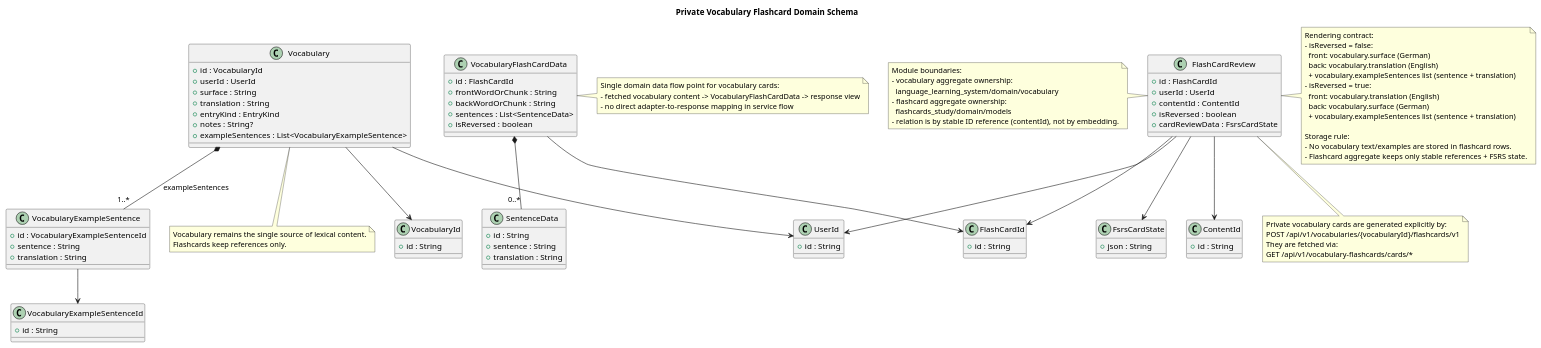
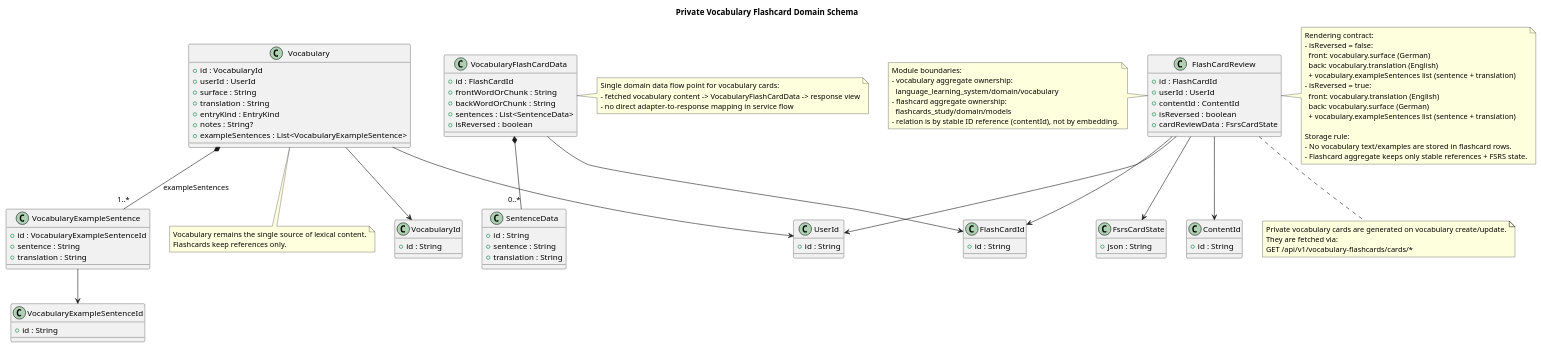
The diagram in diagrams/flashcards/private-vocabulary-flashcard-domain-schema.puml (muhammadismailkhan0009/language-learner-backend), drawn with PlantUML before and after one commit. The commit also changed 7 other files, not shown here.

```diff
--- a/diagrams/flashcards/private-vocabulary-flashcard-domain-schema.puml
+++ b/diagrams/flashcards/private-vocabulary-flashcard-domain-schema.puml
@@ -1,122 +1,121 @@
 @startuml
 
 title Private Vocabulary Flashcard Domain Schema
 
 class Vocabulary {
   +id : VocabularyId
   +userId : UserId
   +surface : String
   +translation : String
   +entryKind : EntryKind
   +notes : String?
   +exampleSentences : List<VocabularyExampleSentence>
 }
 
 class VocabularyId {
   +id : String
 }
 
 class UserId {
   +id : String
 }
 
 class VocabularyExampleSentence {
   +id : VocabularyExampleSentenceId
   +sentence : String
   +translation : String
 }
 
 class VocabularyExampleSentenceId {
   +id : String
 }
 
 class FlashCardReview {
   +id : FlashCardId
   +userId : UserId
   +contentId : ContentId
   +isReversed : boolean
   +cardReviewData : FsrsCardState
 }
 
 class VocabularyFlashCardData {
   +id : FlashCardId
   +frontWordOrChunk : String
   +backWordOrChunk : String
   +sentences : List<SentenceData>
   +isReversed : boolean
 }
 
 class SentenceData {
   +id : String
   +sentence : String
   +translation : String
 }
 
 class FsrsCardState {
   +json : String
 }
 
 class FlashCardId {
   +id : String
 }
 
 class ContentId {
   +id : String
 }
 
 Vocabulary --> VocabularyId
 Vocabulary --> UserId
 Vocabulary *-- "1..*" VocabularyExampleSentence : exampleSentences
 VocabularyExampleSentence --> VocabularyExampleSentenceId
 
 FlashCardReview --> FlashCardId
 FlashCardReview --> UserId
 FlashCardReview --> ContentId
 FlashCardReview --> FsrsCardState
 VocabularyFlashCardData --> FlashCardId
 VocabularyFlashCardData *-- "0..*" SentenceData
 
 note right of FlashCardReview
 Rendering contract:
 - isReversed = false:
   front: vocabulary.surface (German)
   back: vocabulary.translation (English)
   + vocabulary.exampleSentences list (sentence + translation)
 - isReversed = true:
   front: vocabulary.translation (English)
   back: vocabulary.surface (German)
   + vocabulary.exampleSentences list (sentence + translation)
 
 Storage rule:
 - No vocabulary text/examples are stored in flashcard rows.
 - Flashcard aggregate keeps only stable references + FSRS state.
 end note
 
 note right of VocabularyFlashCardData
 Single domain data flow point for vocabulary cards:
 - fetched vocabulary content -> VocabularyFlashCardData -> response view
 - no direct adapter-to-response mapping in service flow
 end note
 
 note left of FlashCardReview
 Module boundaries:
 - vocabulary aggregate ownership:
   language_learning_system/domain/vocabulary
 - flashcard aggregate ownership:
   flashcards_study/domain/models
 - relation is by stable ID reference (contentId), not by embedding.
 end note
 
 note bottom of Vocabulary
 Vocabulary remains the single source of lexical content.
 Flashcards keep references only.
 end note
 
 note bottom of FlashCardReview
-Private vocabulary cards are generated explicitly by:
-POST /api/v1/vocabularies/{vocabularyId}/flashcards/v1
+Private vocabulary cards are generated on vocabulary create/update.
 They are fetched via:
 GET /api/v1/vocabulary-flashcards/cards/*
 end note
 
 @enduml
```
